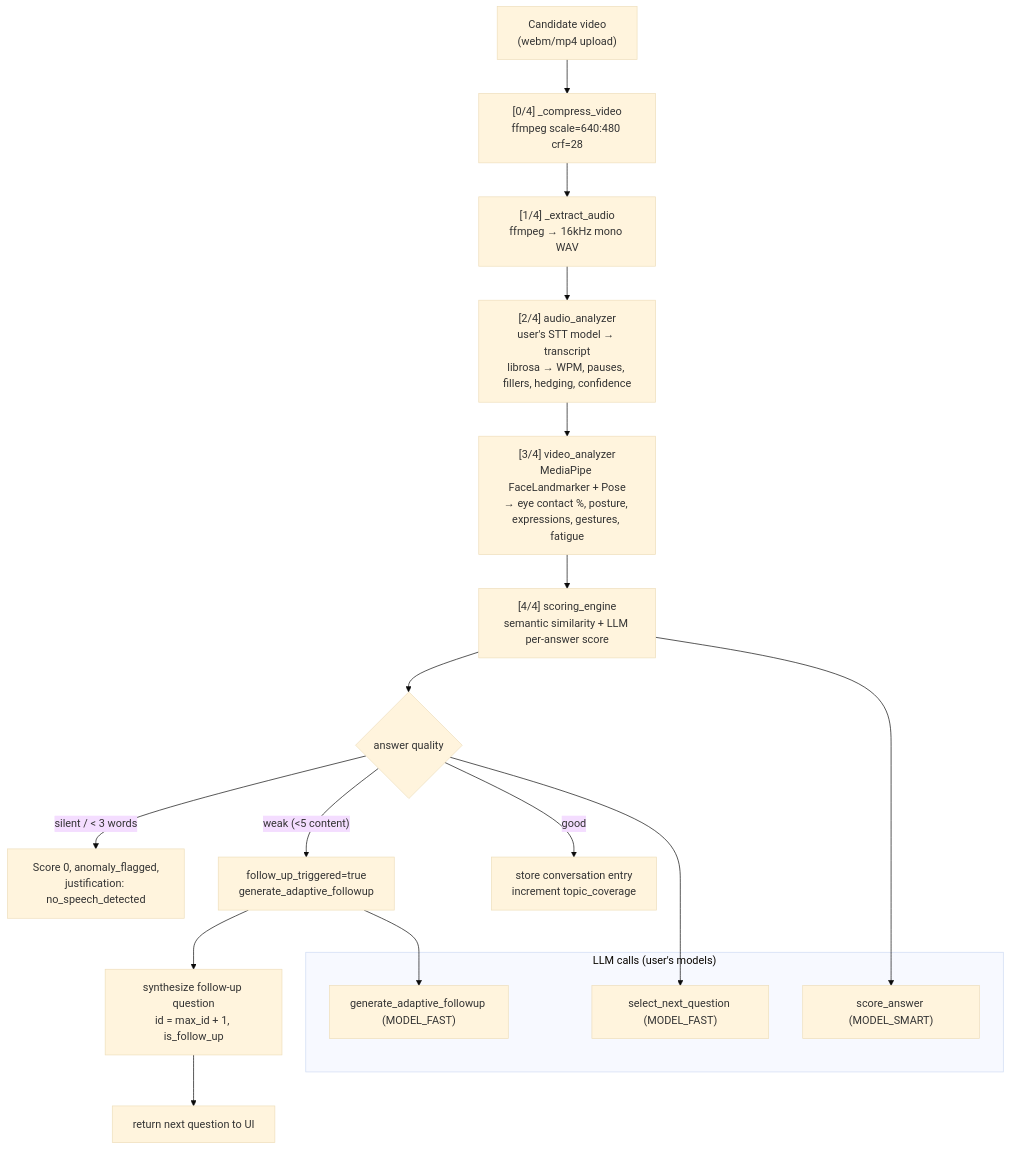
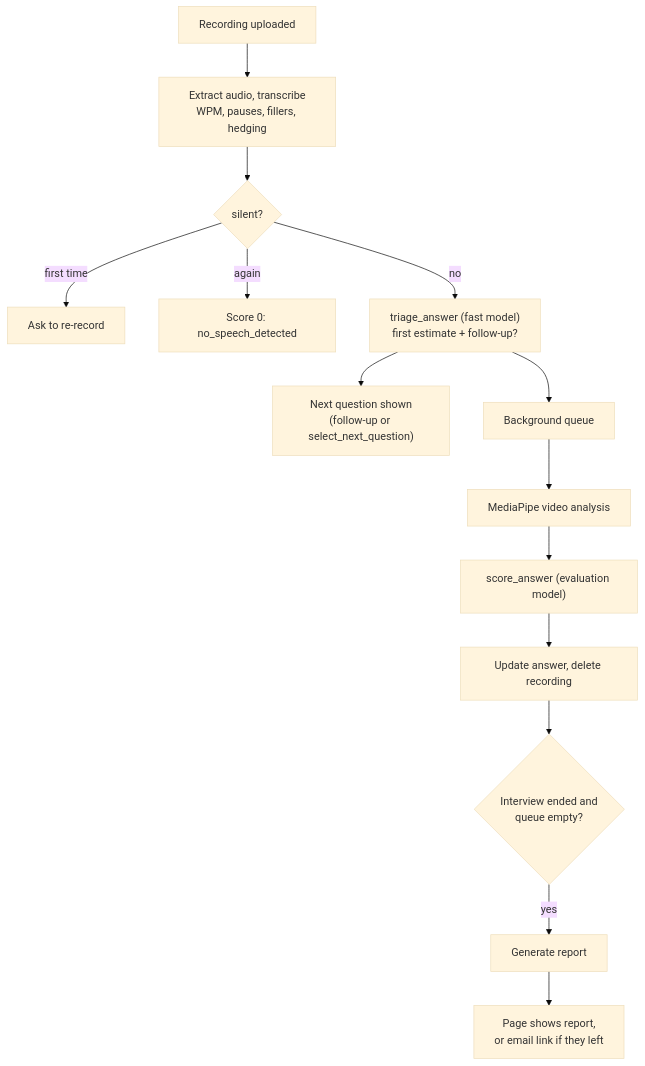
The fourth of 7 diagrams in README.md (RishabhPR77/ai-interview), drawn with Mermaid (base theme) before and after one commit. The commit also changed other lines of this file and 27 other files, not shown here.

````diff
--- a/README.md
+++ b/README.md
@@ -145,24 +148,16 @@
 ```mermaid
 flowchart TD
-    A["Candidate video<br/>(webm/mp4 upload)"] --> B["[0/4] _compress_video<br/>ffmpeg scale=640:480 crf=28"]
-    B --> C["[1/4] _extract_audio<br/>ffmpeg → 16kHz mono WAV"]
-    C --> D["[2/4] audio_analyzer<br/>user's STT model → transcript<br/>librosa → WPM, pauses, fillers, hedging, confidence"]
-    D --> E["[3/4] video_analyzer<br/>MediaPipe FaceLandmarker + Pose<br/>→ eye contact %, posture, expressions, gestures, fatigue"]
-    E --> F["[4/4] scoring_engine<br/>semantic similarity + LLM per-answer score"]
-
-    F --> G{"answer quality"}
-    G -- "silent / < 3 words" --> H["Score 0, anomaly_flagged,<br/>justification: no_speech_detected"]
-    G -- "weak (<5 content)" --> I["follow_up_triggered=true<br/>generate_adaptive_followup"]
-    G -- "good" --> J["store conversation entry<br/>increment topic_coverage"]
-    I --> K["synthesize follow-up question<br/>id = max_id + 1, is_follow_up"]
-    K --> L["return next question to UI"]
-
-    subgraph LLM["LLM calls (user's models)"]
-        M["score_answer (MODEL_SMART)"]
-        N["generate_adaptive_followup (MODEL_FAST)"]
-        O["select_next_question (MODEL_FAST)"]
-    end
-    F --> M
-    I --> N
-    G --> O
+    A["Recording uploaded"] --> B["Extract audio, transcribe<br/>WPM, pauses, fillers, hedging"]
+    B --> C{"silent?"}
+    C -- "first time" --> D["Ask to re-record"]
+    C -- "again" --> E["Score 0: no_speech_detected"]
+    C -- "no" --> F["triage_answer (fast model)<br/>first estimate + follow-up?"]
+    F --> G["Next question shown<br/>(follow-up or select_next_question)"]
+    F --> H["Background queue"]
+    H --> I["MediaPipe video analysis"]
+    I --> J["score_answer (evaluation model)"]
+    J --> K["Update answer, delete recording"]
+    K --> L{"Interview ended and<br/>queue empty?"}
+    L -- "yes" --> M["Generate report"]
+    M --> N["Page shows report,<br/>or email link if they left"]
 ```
````
